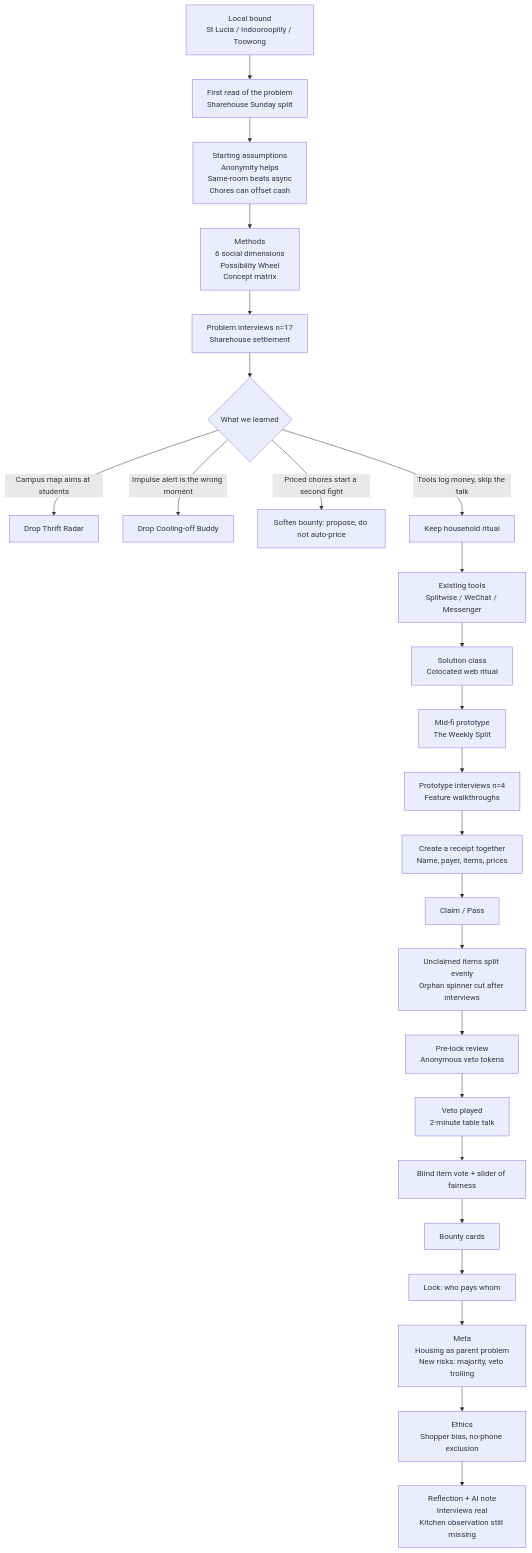
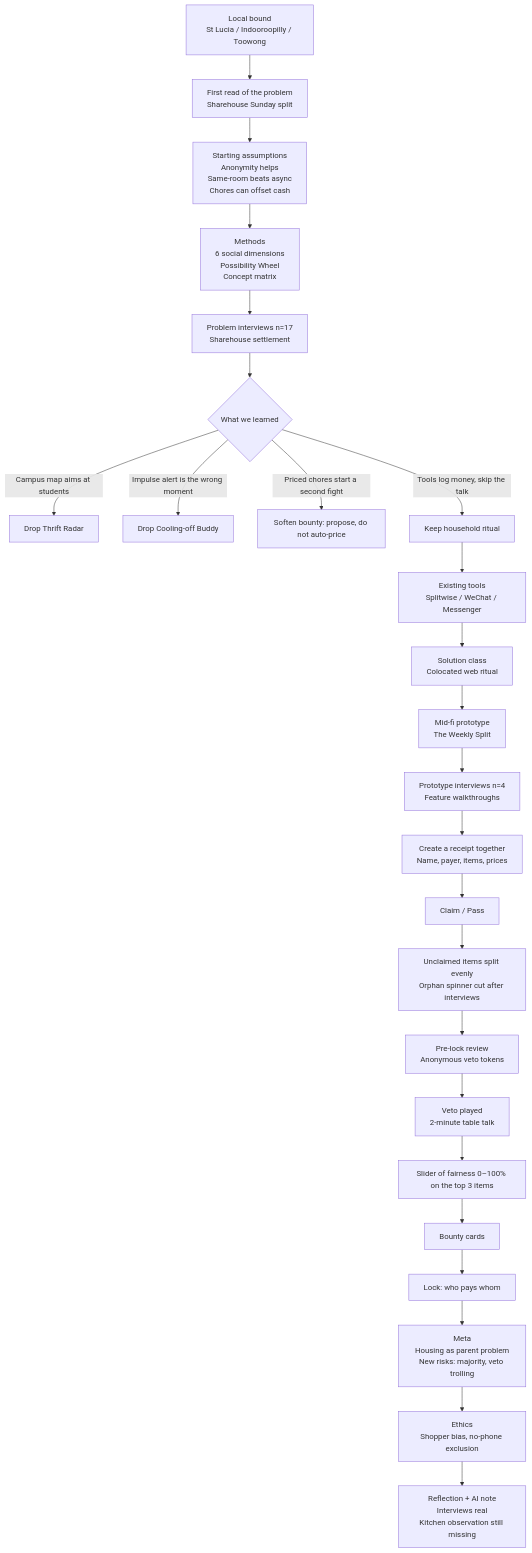
The diagram in wiki/Process-Flow.md (MaloneWayne/Deco3500-Team-17), drawn with Mermaid before and after one commit. The commit also changed other lines of this file and 11 other files, not shown here.

First line of the commit message:
Letter-only seats, drop shared-food tag, 0-100% review slider replaces communal/personal vote

````diff
--- a/wiki/Process-Flow.md
+++ b/wiki/Process-Flow.md
@@ -5,27 +5,27 @@
 ```mermaid
 flowchart TD
   A[Local bound<br/>St Lucia / Indooroopilly / Toowong] --> B[First read of the problem<br/>Sharehouse Sunday split]
   B --> C[Starting assumptions<br/>Anonymity helps<br/>Same-room beats async<br/>Chores can offset cash]
   C --> D[Methods<br/>6 social dimensions<br/>Possibility Wheel<br/>Concept matrix]
   D --> E[Problem interviews n=17<br/>Sharehouse settlement]
   E --> F{What we learned}
   F -->|Campus map aims at students| G[Drop Thrift Radar]
   F -->|Impulse alert is the wrong moment| H[Drop Cooling-off Buddy]
   F -->|Priced chores start a second fight| I[Soften bounty: propose, do not auto-price]
   F -->|Tools log money, skip the talk| J[Keep household ritual]
   J --> K[Existing tools<br/>Splitwise / WeChat / Messenger]
   K --> L[Solution class<br/>Colocated web ritual]
   L --> M[Mid-fi prototype<br/>The Weekly Split]
   M --> W[Prototype interviews n=4<br/>Feature walkthroughs]
   W --> X[Create a receipt together<br/>Name, payer, items, prices]
   X --> N[Claim / Pass]
   N --> O[Unclaimed items split evenly<br/>Orphan spinner cut after interviews]
   O --> P[Pre-lock review<br/>Anonymous veto tokens]
   P --> P2[Veto played<br/>2-minute table talk]
-  P2 --> Q[Blind item vote + slider of fairness]
+  P2 --> Q[Slider of fairness 0–100% on the top 3 items]
   Q --> R[Bounty cards]
   R --> S[Lock: who pays whom]
   S --> T[Meta<br/>Housing as parent problem<br/>New risks: majority, veto trolling]
   T --> U[Ethics<br/>Shopper bias, no-phone exclusion]
   U --> V[Reflection + AI note<br/>Interviews real<br/>Kitchen observation still missing]
 ```
````
